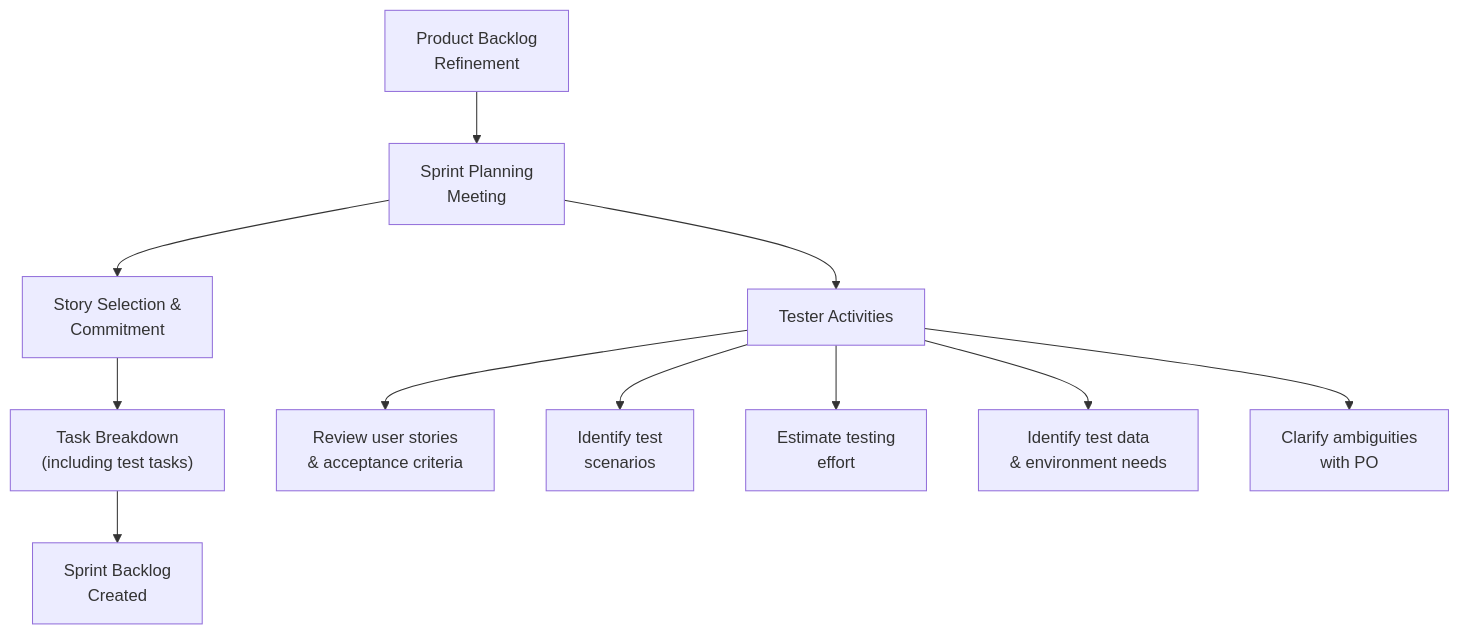
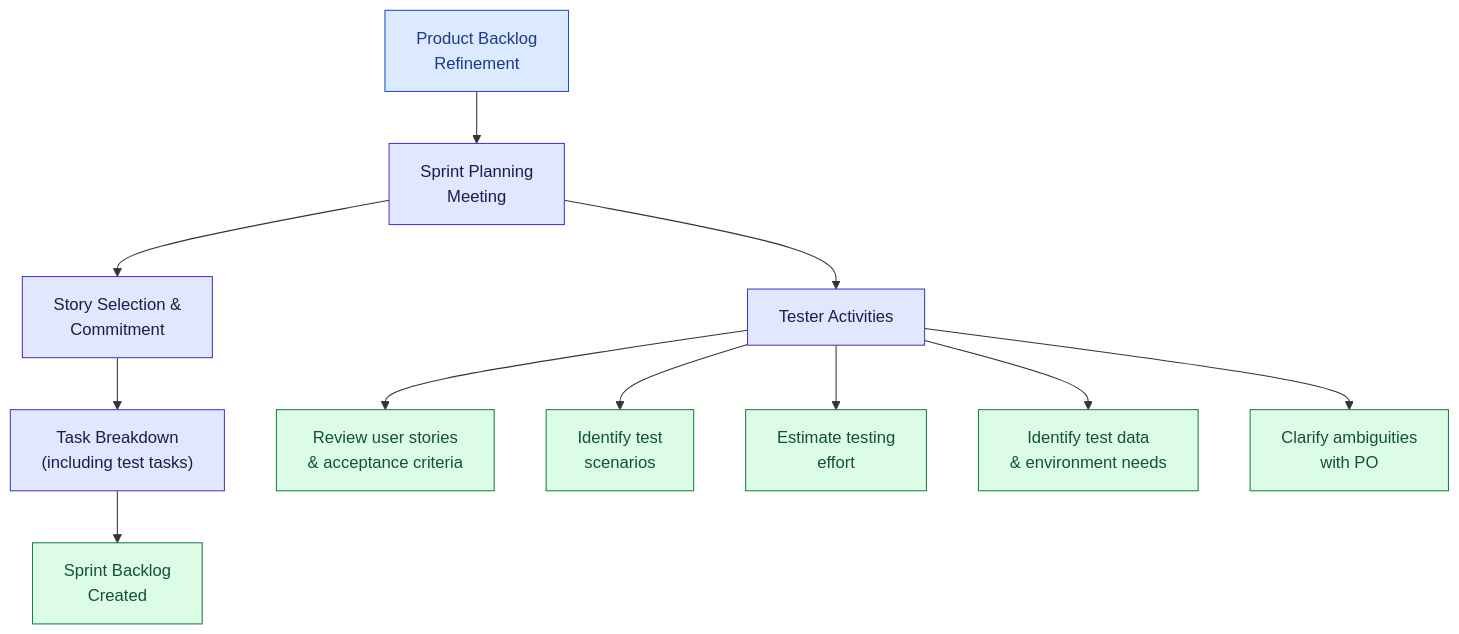
Before and after one commit to ghanendra-sdet/manual-testing-playbook: the fourth of 10 diagrams in Part_09_Agile_Testing.md, drawn with Mermaid. The commit also changed other lines of this file and 15 other files, not shown here.

Commit message:
Fix broken routes and anchors; update OWASP 2025, ISTQB v4.0, WCAG 2.2, Jira/Zephyr naming and pricing; style diagrams

````diff
--- a/Part_09_Agile_Testing.md
+++ b/Part_09_Agile_Testing.md
@@ -566,14 +582,23 @@
 ```mermaid
 graph TD
     A["Product Backlog<br/>Refinement"] --> B["Sprint Planning<br/>Meeting"]
     B --> C["Story Selection &<br/>Commitment"]
     C --> D["Task Breakdown<br/>(including test tasks)"]
     D --> E["Sprint Backlog<br/>Created"]
     
     B --> F["Tester Activities"]
     F --> G["Review user stories<br/>& acceptance criteria"]
     F --> H["Identify test<br/>scenarios"]
     F --> I["Estimate testing<br/>effort"]
     F --> J["Identify test data<br/>& environment needs"]
     F --> K["Clarify ambiguities<br/>with PO"]
+
+    classDef start fill:#dbeafe,stroke:#1d4ed8,color:#1e3a8a
+    classDef step fill:#e0e7ff,stroke:#4338ca,color:#1e1b4b
+    classDef decision fill:#fef3c7,stroke:#b45309,color:#78350f
+    classDef good fill:#dcfce7,stroke:#15803d,color:#14532d
+    classDef bad fill:#fee2e2,stroke:#b91c1c,color:#7f1d1d
+    class A start
+    class B,C,D,F step
+    class E,G,H,I,J,K good
 ```
````
